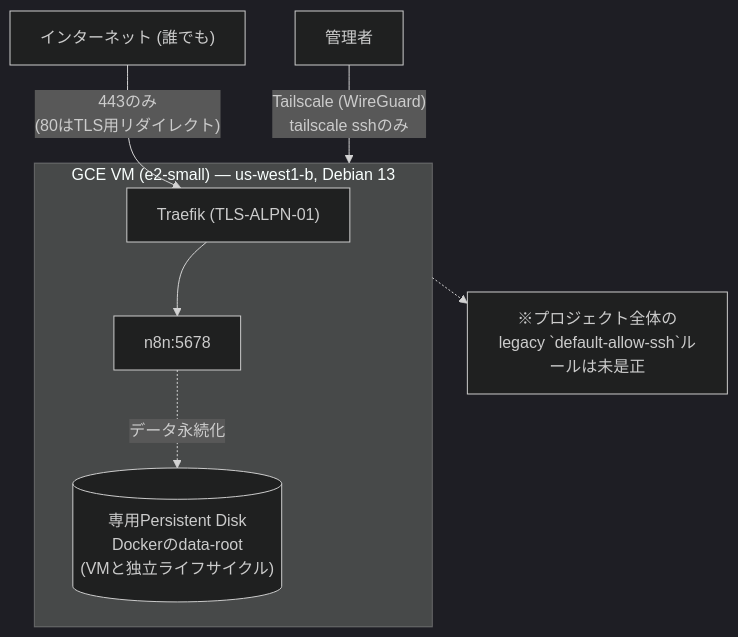
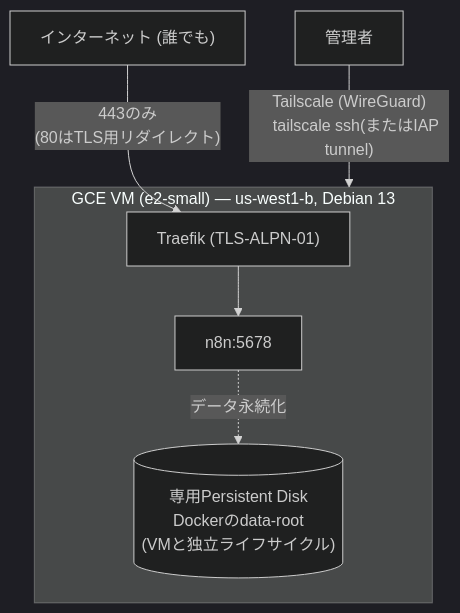
Before and after one commit to kuchida1981/n8n-ops: the diagram in README.ja.md, drawn with Mermaid (dark theme). The commit also changed other lines of this file and 4 other files, not shown here.

First line of the commit message:
docs: reflect that default-allow-ssh is disabled

````diff
--- a/README.ja.md
+++ b/README.ja.md
@@ -16,24 +16,22 @@
 ```mermaid
 flowchart TB
     internet["インターネット (誰でも)"]
     admin["管理者"]
 
     subgraph vm["GCE VM (e2-small) — us-west1-b, Debian 13"]
         traefik["Traefik (TLS-ALPN-01)"]
         n8n["n8n:5678"]
         disk[("専用Persistent Disk
         Dockerのdata-root
         (VMと独立ライフサイクル)")]
 
         traefik --> n8n
         n8n -.データ永続化.-> disk
     end
 
     internet -- "443のみ
     (80はTLS用リダイレクト)" --> traefik
     admin -- "Tailscale (WireGuard)
-    tailscale sshのみ" --> vm
+    tailscale ssh(またはIAP tunnel)" --> vm
 
-    note["※プロジェクト全体のlegacy `default-allow-ssh`ルールは未是正"]
-    vm -.-> note
 ```
````
